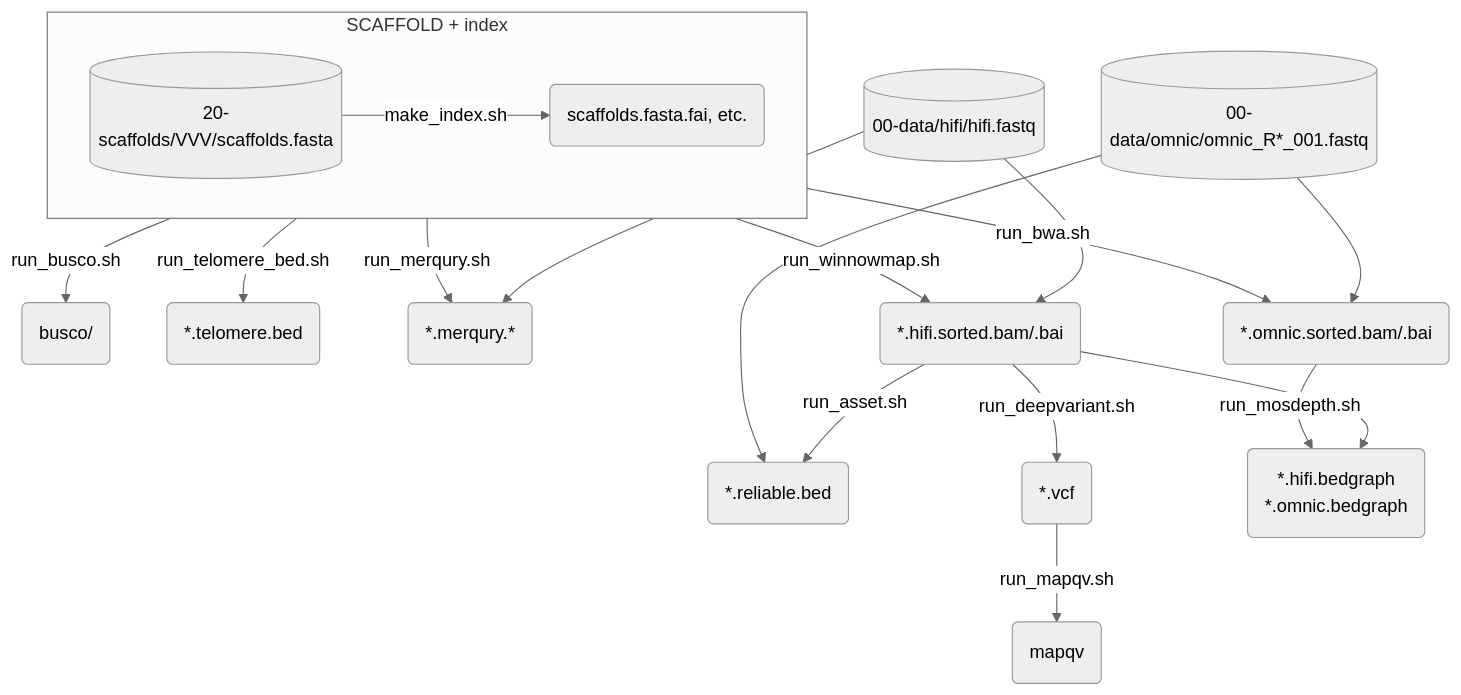
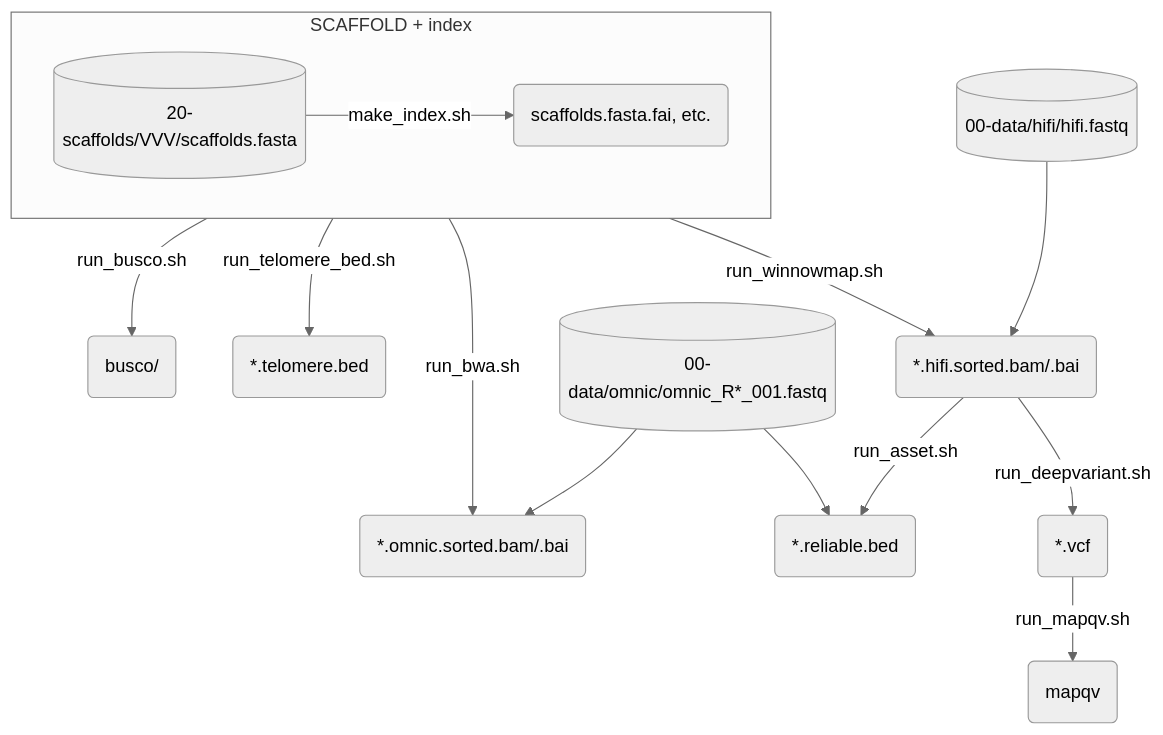
Before and after one commit to yoshihikosuzuki/ant-asm-workflow: the diagram in asset/dependency-eval-scaf.md, drawn with Mermaid (neutral theme). The commit also changed 39 other files, not shown here.

````diff
--- a/asset/dependency-eval-scaf.md
+++ b/asset/dependency-eval-scaf.md
@@ -1,46 +1,38 @@
 ```mermaid
 flowchart TD
 
 subgraph SCAF ["SCAFFOLD + index"]
 _SCAF[("20-scaffolds/VVV/scaffolds.fasta")]
 INDEX("scaffolds.fasta.fai, etc.")
 _SCAF -->|make_index.sh| INDEX
 end
 
 BUSCO(busco/)
 SCAF -->|run_busco.sh| BUSCO
 
 TELOMERE(*.telomere.bed)
 SCAF -->|run_telomere_bed.sh| TELOMERE
 
+HIFI[(00-data/hifi/hifi.fastq)]
 
-HIFI[(00-data/hifi/hifi.fastq)]
-MERQURY(*.merqury.*)
-SCAF -->|run_merqury.sh| MERQURY
-HIFI --> MERQURY
+OMNI[(00-data/omnic/omnic_R*_001.fastq)]
+
+BWA("*.omnic.sorted.bam/.bai")
+SCAF -->|run_bwa.sh| BWA
+OMNI --> BWA
 
 ASSET(*.reliable.bed)
 WINNOWMAP -->|run_asset.sh| ASSET
 OMNI -->ASSET
 
 WINNOWMAP("*.hifi.sorted.bam/.bai")
 SCAF -->|run_winnowmap.sh| WINNOWMAP
 HIFI --> WINNOWMAP
 
 DEEPVARIANT(*.vcf)
 WINNOWMAP-->|run_deepvariant.sh| DEEPVARIANT
 
 MAPQV(mapqv)
 DEEPVARIANT -->|run_mapqv.sh| MAPQV
 
-OMNI[(00-data/omnic/omnic_R*_001.fastq)]
-
-BWA("*.omnic.sorted.bam/.bai")
-SCAF -->|run_bwa.sh| BWA
-OMNI --> BWA
-
-MOSDEPTH("*.hifi.bedgraph<br>*.omnic.bedgraph")
-WINNOWMAP --> MOSDEPTH
-BWA -->|run_mosdepth.sh| MOSDEPTH
-
 ```
````
